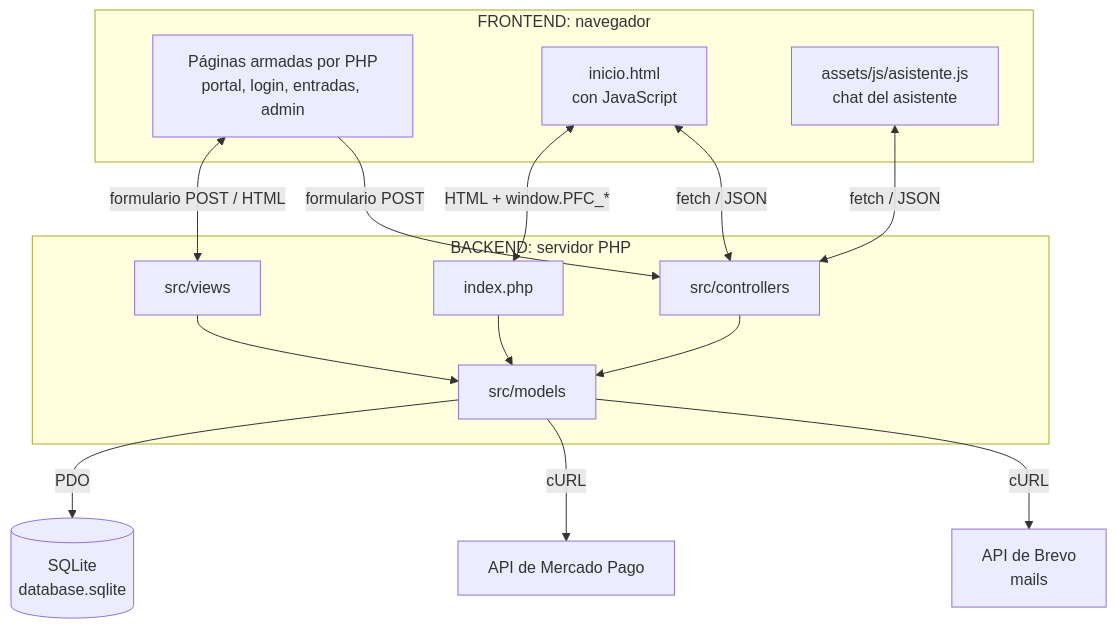
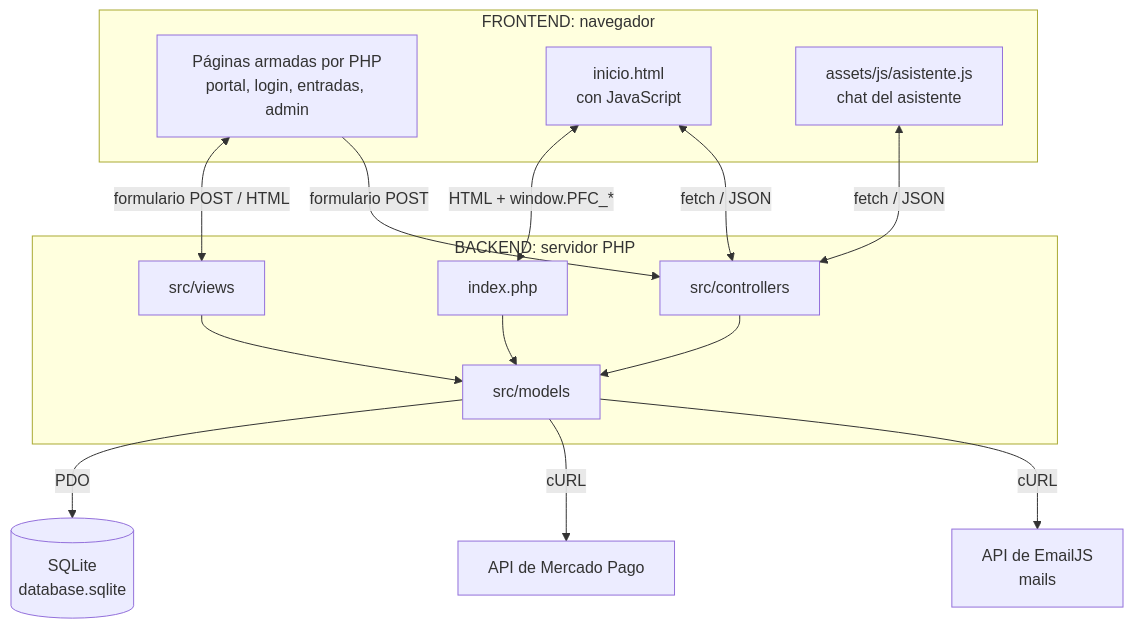
The diagram in README.md (tobiasvillasboa07/Peritas-FC), drawn with Mermaid before and after one commit. The commit also changed other lines of this file and 3 other files, not shown here.

Commit message:
Recuperar contraseña: mails con EmailJS en vez de Brevo

````diff
--- a/README.md
+++ b/README.md
@@ -85,29 +85,29 @@
 ```mermaid
 flowchart TB
     subgraph NAV["FRONTEND: navegador"]
         PAG["Páginas armadas por PHP<br/>portal, login, entradas, admin"]
         INI["inicio.html<br/>con JavaScript"]
         ASI["assets/js/asistente.js<br/>chat del asistente"]
     end
     subgraph SRV["BACKEND: servidor PHP"]
         VIS["src/views"]
         ENT["index.php"]
         CON["src/controllers"]
         MOD["src/models"]
     end
     DB[("SQLite<br/>database.sqlite")]
     MP["API de Mercado Pago"]
-    BR["API de Brevo<br/>mails"]
+    BR["API de EmailJS<br/>mails"]
 
     PAG <-->|"formulario POST / HTML"| VIS
     INI <-->|"HTML + window.PFC_*"| ENT
     INI <-->|"fetch / JSON"| CON
     ASI <-->|"fetch / JSON"| CON
     PAG -->|"formulario POST"| CON
     VIS --> MOD
     ENT --> MOD
     CON --> MOD
     MOD -->|"PDO"| DB
     MOD -->|"cURL"| MP
     MOD -->|"cURL"| BR
 ```
````
